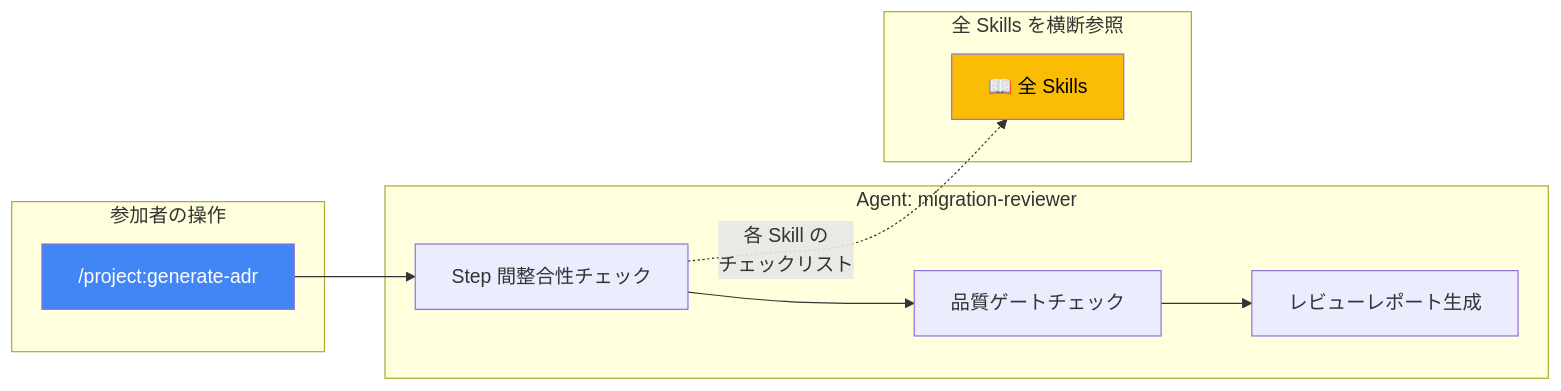
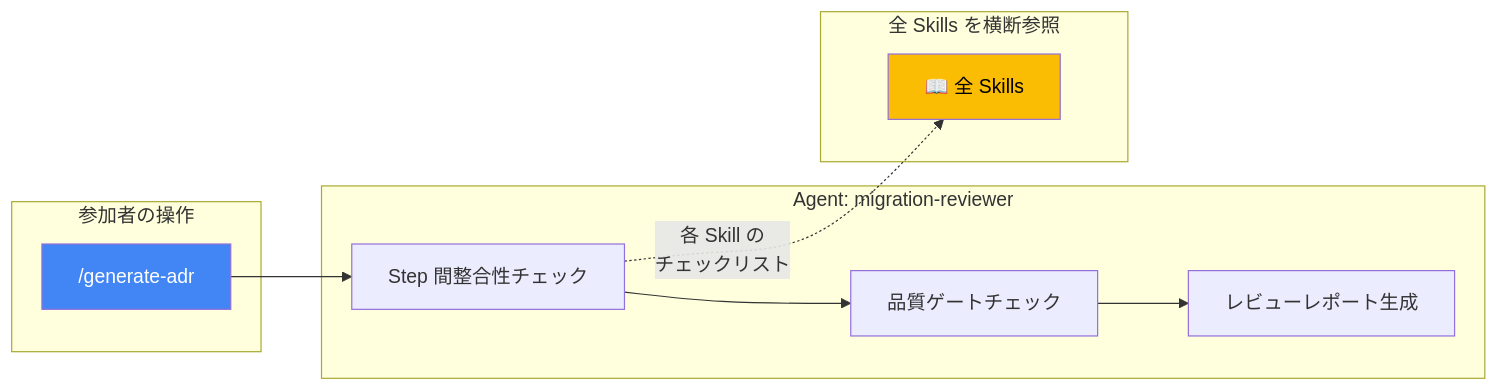
The seventh of 9 diagrams in workshop-real/README.md (tyorikan/migration-with-ai), drawn with Mermaid before and after one commit. The commit also changed other lines of this file and 5 other files, not shown here.

````diff
--- a/workshop-real/README.md
+++ b/workshop-real/README.md
@@ -379,22 +379,22 @@
 ```mermaid
 flowchart LR
     subgraph "参加者の操作"
-        C7["/project:generate-adr"]
+        C7["/generate-adr"]
     end
 
     subgraph "Agent: migration-reviewer"
         E1["Step 間整合性チェック"]
         E2["品質ゲートチェック"]
         E3["レビューレポート生成"]
     end
 
     subgraph "全 Skills を横断参照"
         S5["📖 全 Skills"]
     end
 
     C7 --> E1 --> E2 --> E3
     E1 -.->|"各 Skill の<br/>チェックリスト"| S5
 
     style C7 fill:#4285F4,color:#fff
     style S5 fill:#FBBC04,color:#000
 ```
````
